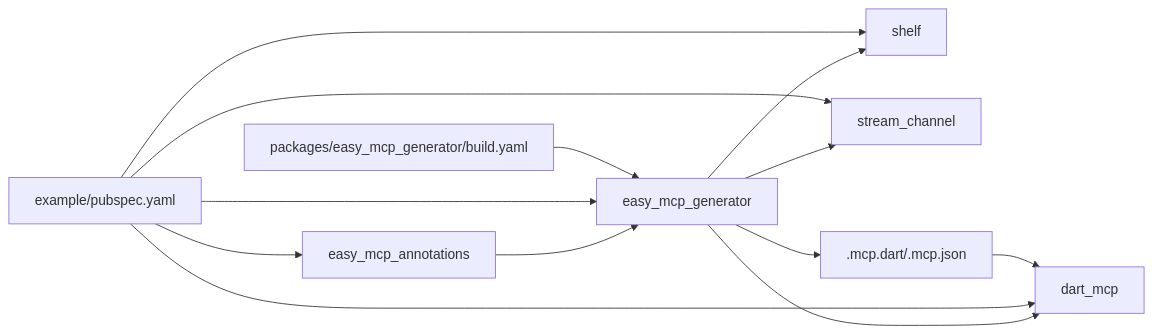
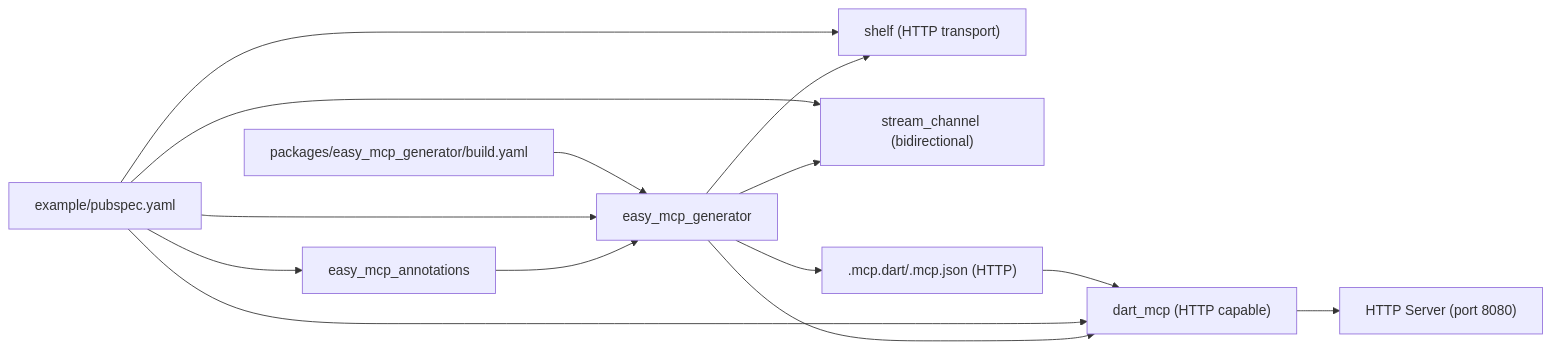
The eighth of 8 diagrams in .qoder/repowiki/en/content/Example Implementation/Example Implementation.md (cdavis-code/easy_mcp_workspace), drawn with Mermaid before and after one commit. The commit also changed other lines of this file and 14 other files, not shown here.

````diff
--- a/.qoder/repowiki/en/content/Example Implementation/Example Implementation.md
+++ b/.qoder/repowiki/en/content/Example Implementation/Example Implementation.md
@@ -336,15 +361,16 @@
 ```mermaid
 graph LR
 ANNOT["easy_mcp_annotations"] --> GEN["easy_mcp_generator"]
-GEN --> RUNTIME["dart_mcp"]
-GEN --> SHELF["shelf"]
-GEN --> SC["stream_channel"]
+GEN --> RUNTIME["dart_mcp (HTTP capable)"]
+GEN --> SHELF["shelf (HTTP transport)"]
+GEN --> SC["stream_channel (bidirectional)"]
 APPSPEC["example/pubspec.yaml"] --> ANNOT
 APPSPEC --> GEN
 APPSPEC --> RUNTIME
 APPSPEC --> SHELF
 APPSPEC --> SC
 BUILD["packages/easy_mcp_generator/build.yaml"] --> GEN
-GEN --> OUT[".mcp.dart/.mcp.json"]
+GEN --> OUT[".mcp.dart/.mcp.json (HTTP)"]
 OUT --> RUNTIME
+RUNTIME --> HTTP["HTTP Server (port 8080)"]
 ```
````
